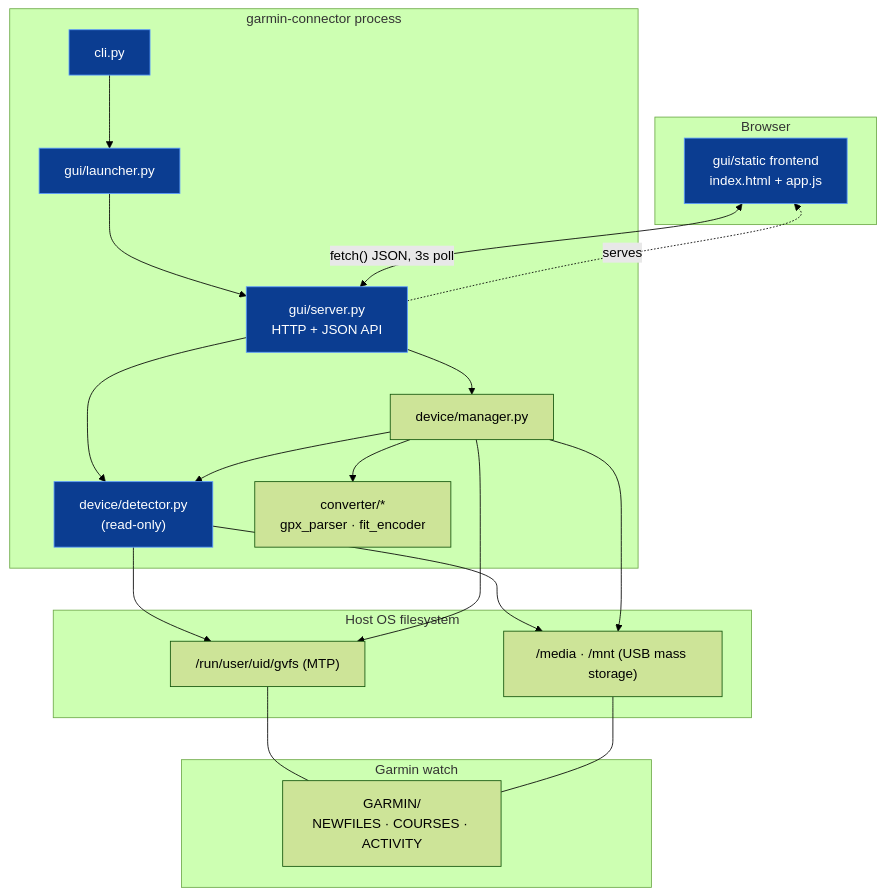
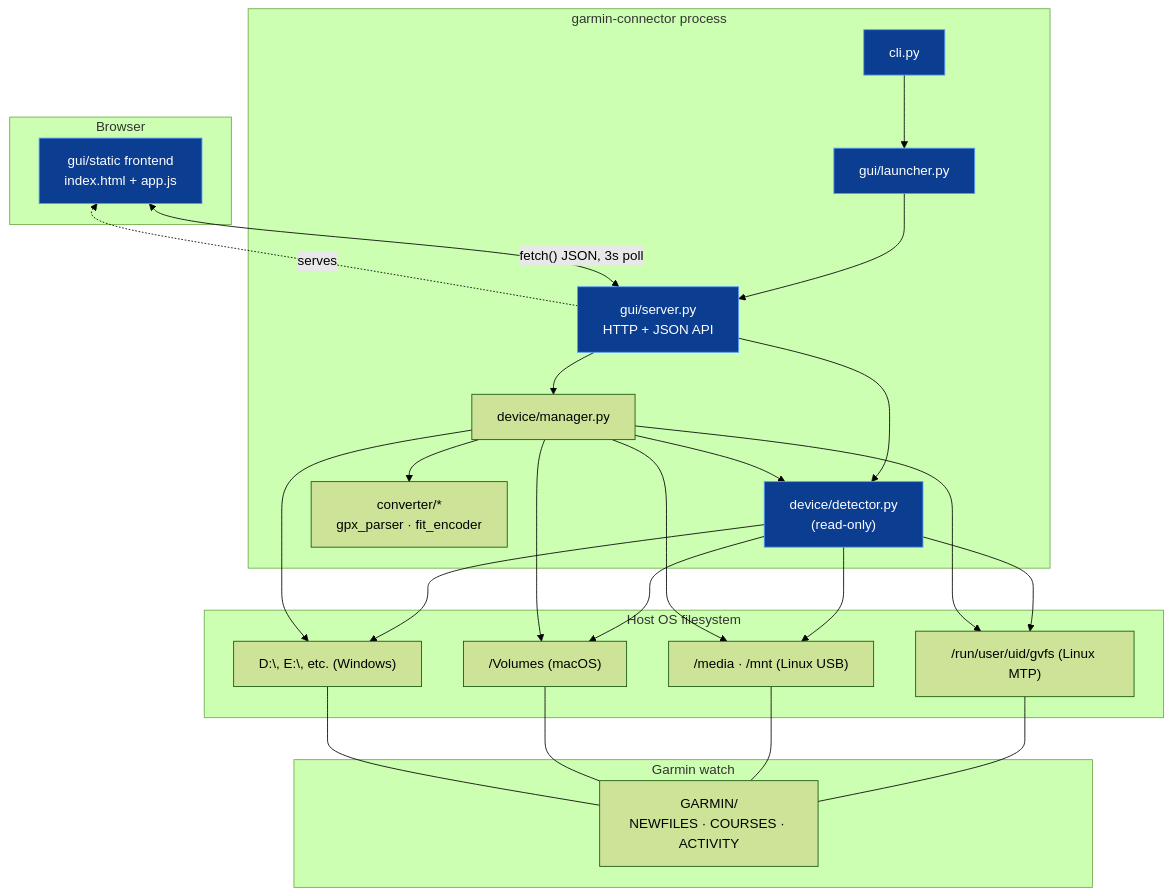
The diagram in spec/constitution.md (jvanheerikhuize/garmin-connector), drawn with Mermaid (forest theme) before and after one commit. The commit also changed other lines of this file and 3 other files, not shown here.

````diff
--- a/spec/constitution.md
+++ b/spec/constitution.md
@@ -35,36 +35,44 @@
 ```mermaid
 flowchart TD
     subgraph Browser["Browser"]
         FE["gui/static frontend<br/>index.html + app.js"]
     end
 
     subgraph Process["garmin-connector process"]
         CLI["cli.py"] --> Launcher["gui/launcher.py"]
         Launcher --> Server["gui/server.py<br/>HTTP + JSON API"]
         Server -. serves .-> FE
         Server --> Detector["device/detector.py<br/>(read-only)"]
         Server --> Manager["device/manager.py"]
         Manager --> Detector
         Manager --> Converter["converter/*<br/>gpx_parser · fit_encoder"]
     end
 
     subgraph HostOS["Host OS filesystem"]
-        GVFS["/run/user/uid/gvfs (MTP)"]
-        Media["/media · /mnt (USB mass storage)"]
+        LinuxGVFS["/run/user/uid/gvfs (Linux MTP)"]
+        LinuxMedia["/media · /mnt (Linux USB)"]
+        MacMounts["/Volumes (macOS)"]
+        WinMounts["D:\, E:\, etc. (Windows)"]
     end
 
     subgraph Watch["Garmin watch"]
         GarminDir["GARMIN/<br/>NEWFILES · COURSES · ACTIVITY"]
     end
 
     FE <-- "fetch() JSON, 3s poll" --> Server
-    Detector --> GVFS
-    Detector --> Media
-    Manager --> GVFS
-    Manager --> Media
-    GVFS --- GarminDir
-    Media --- GarminDir
+    Detector --> LinuxGVFS
+    Detector --> LinuxMedia
+    Detector --> MacMounts
+    Detector --> WinMounts
+    Manager --> LinuxGVFS
+    Manager --> LinuxMedia
+    Manager --> MacMounts
+    Manager --> WinMounts
+    LinuxGVFS --- GarminDir
+    LinuxMedia --- GarminDir
+    MacMounts --- GarminDir
+    WinMounts --- GarminDir
 
     classDef skeleton fill:#0b3d91,stroke:#5b9bff,color:#fff
     class CLI,Launcher,Server,Detector,FE skeleton
 ```
````
